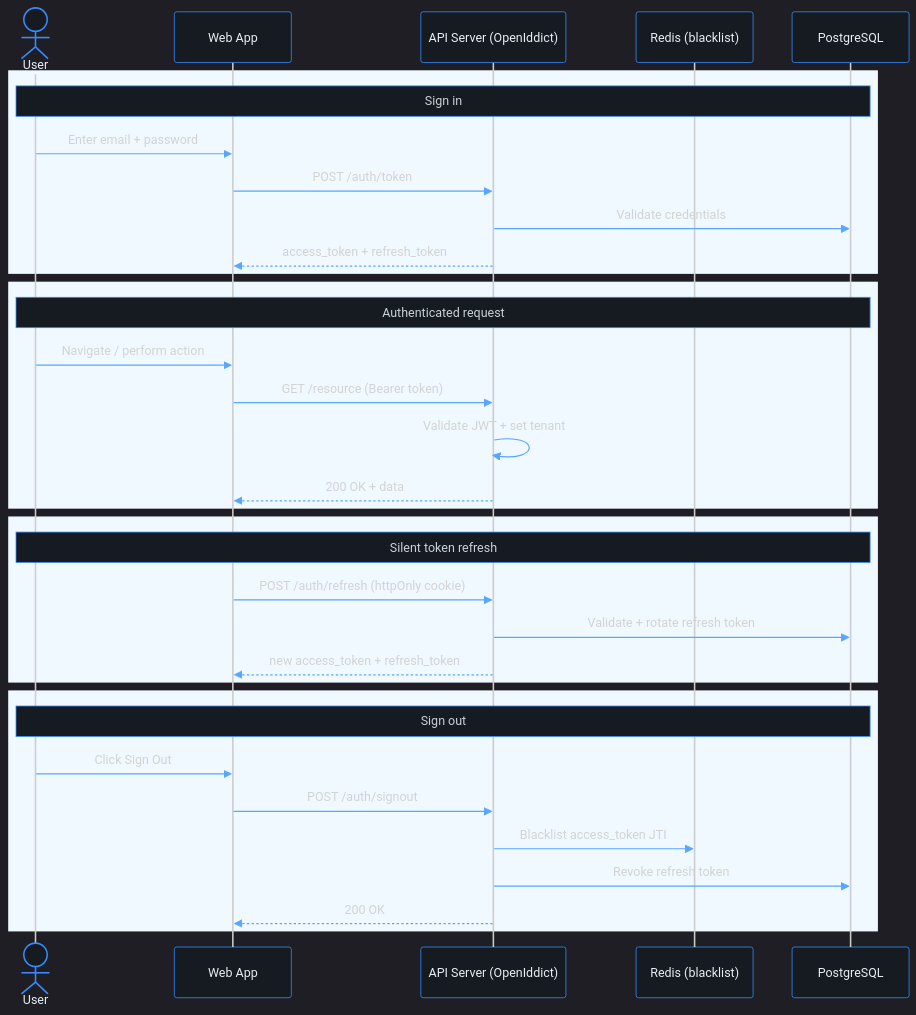
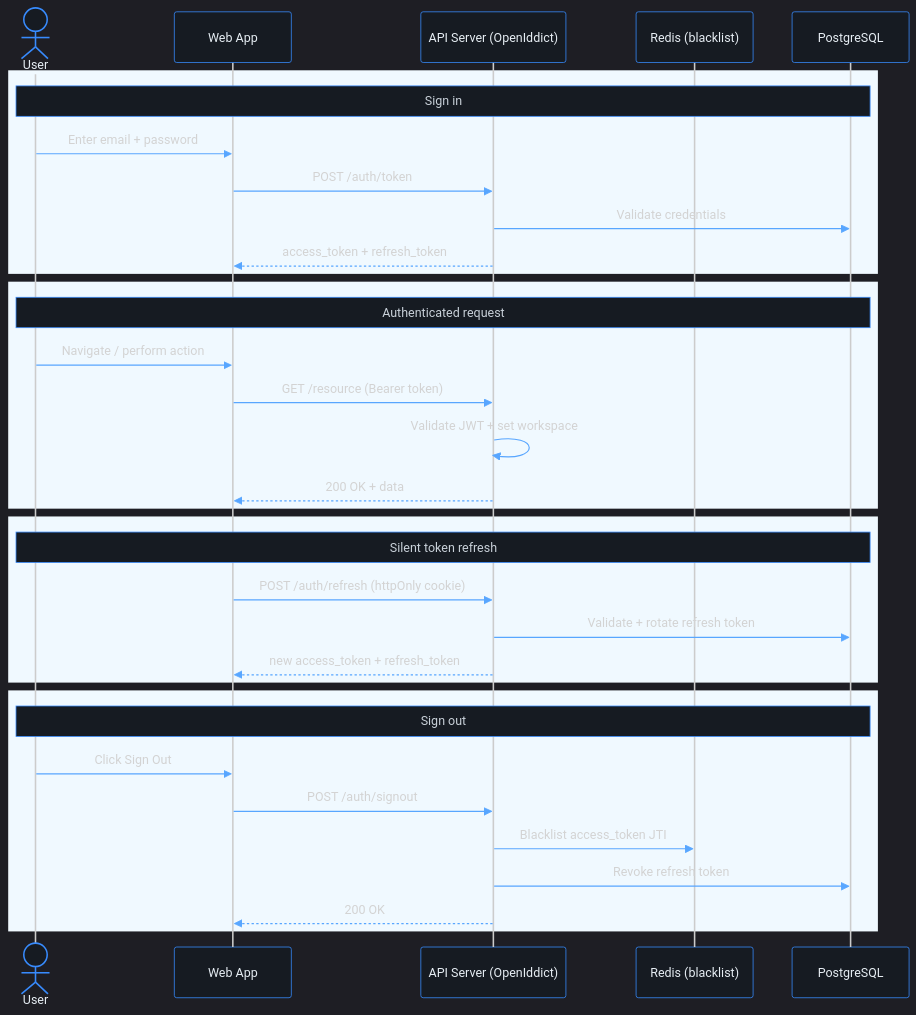
Before and after one commit to phuongnse/axis: the diagram in docs/use-cases/identity-access/sign-in/README.md, drawn with Mermaid. The commit also changed other lines of this file and 1057 other files, not shown here.

````diff
--- a/docs/use-cases/identity-access/sign-in/README.md
+++ b/docs/use-cases/identity-access/sign-in/README.md
@@ -109,41 +109,41 @@
 ```mermaid
 %%{init: {'theme':'dark','themeVariables':{'background':'#0d1117','mainBkg':'#0d1117','primaryColor':'#161b22','primaryBorderColor':'#388bfd','primaryTextColor':'#e6edf3','secondaryColor':'#21262d','secondaryBorderColor':'#388bfd','secondaryTextColor':'#e6edf3','tertiaryColor':'#161b22','tertiaryTextColor':'#e6edf3','lineColor':'#58a6ff','textColor':'#e6edf3','nodeBorder':'#388bfd','clusterBkg':'#161b22','clusterBorder':'#388bfd','titleColor':'#e6edf3','edgeLabelBackground':'#161b22','actorBkg':'#161b22','actorBorder':'#388bfd','actorTextColor':'#e6edf3','signalColor':'#58a6ff','labelBoxBkgColor':'#161b22','labelBoxBorderColor':'#388bfd','noteBkgColor':'#161b22','noteBorderColor':'#388bfd','noteTextColor':'#c9d1d9','activationBkgColor':'#30363d'}}}%%
 sequenceDiagram
   actor User as User
   participant Web as Web App
   participant API as API Server (OpenIddict)
   participant Redis as Redis (blacklist)
   participant DB as PostgreSQL
 
   rect rgb(240, 249, 255)
     Note over User,DB: Sign in
     User->>Web: Enter email + password
     Web->>API: POST /auth/token
     API->>DB: Validate credentials
     API-->>Web: access_token + refresh_token
   end
 
   rect rgb(240, 249, 255)
     Note over User,DB: Authenticated request
     User->>Web: Navigate / perform action
     Web->>API: GET /resource (Bearer token)
-    API->>API: Validate JWT + set tenant
+    API->>API: Validate JWT + set workspace
     API-->>Web: 200 OK + data
   end
 
   rect rgb(240, 249, 255)
     Note over User,DB: Silent token refresh
     Web->>API: POST /auth/refresh (httpOnly cookie)
     API->>DB: Validate + rotate refresh token
     API-->>Web: new access_token + refresh_token
   end
 
   rect rgb(240, 249, 255)
     Note over User,DB: Sign out
     User->>Web: Click Sign Out
     Web->>API: POST /auth/signout
     API->>Redis: Blacklist access_token JTI
     API->>DB: Revoke refresh token
     API-->>Web: 200 OK
   end
 ```
````
